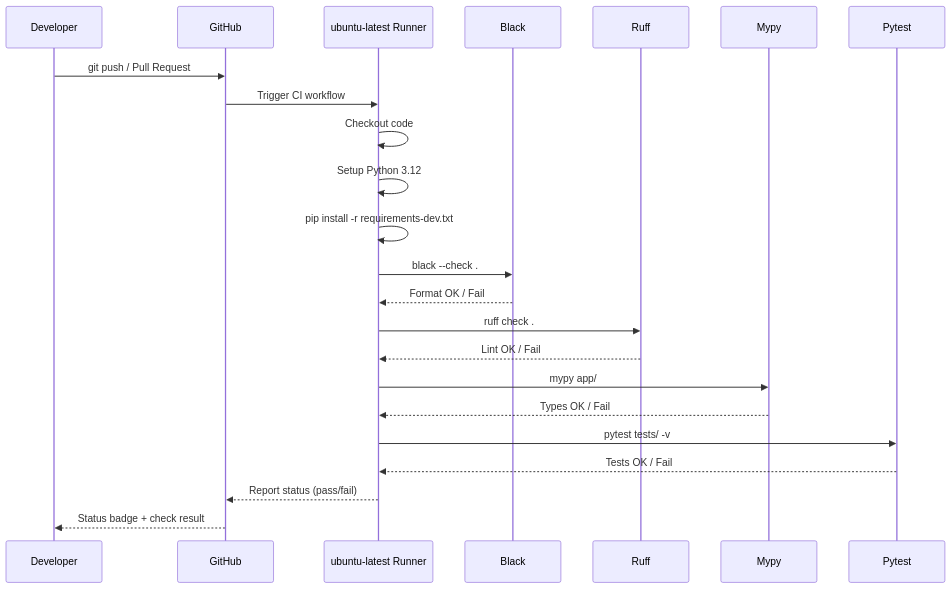
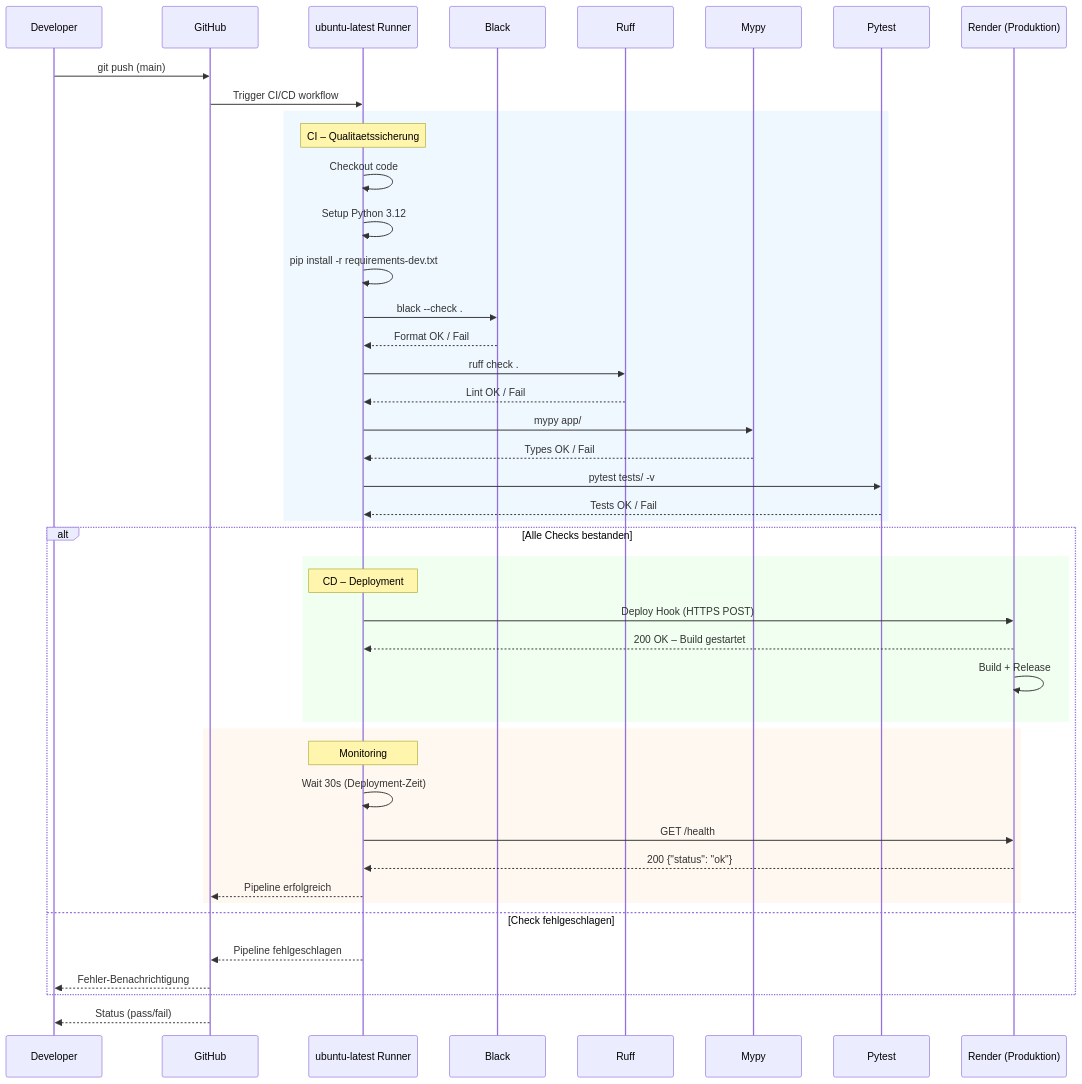
One commit to sufianh99/NutriTrack changed the diagram in docs/sequenzdiagramm-ci.mmd. Above: the diagram before and after it, drawn with Mermaid. The commit also changed 5 other files, not shown here.

Commit message:
feat: enhance CI/CD workflow, add monitoring script, and update UML diagrams

```diff
--- a/docs/sequenzdiagramm-ci.mmd
+++ b/docs/sequenzdiagramm-ci.mmd
@@ -1,24 +1,49 @@
 sequenceDiagram
     participant Dev as Developer
     participant GH as GitHub
     participant Runner as ubuntu-latest Runner
     participant Black
     participant Ruff
     participant Mypy
     participant Pytest
+    participant Render as Render (Produktion)
 
-    Dev->>GH: git push / Pull Request
-    GH->>Runner: Trigger CI workflow
-    Runner->>Runner: Checkout code
-    Runner->>Runner: Setup Python 3.12
-    Runner->>Runner: pip install -r requirements-dev.txt
-    Runner->>Black: black --check .
-    Black-->>Runner: Format OK / Fail
-    Runner->>Ruff: ruff check .
-    Ruff-->>Runner: Lint OK / Fail
-    Runner->>Mypy: mypy app/
-    Mypy-->>Runner: Types OK / Fail
-    Runner->>Pytest: pytest tests/ -v
-    Pytest-->>Runner: Tests OK / Fail
-    Runner-->>GH: Report status (pass/fail)
-    GH-->>Dev: Status badge + check result
+    Dev->>GH: git push (main)
+    GH->>Runner: Trigger CI/CD workflow
+
+    rect rgb(240, 248, 255)
+        Note over Runner: CI – Qualitaetssicherung
+        Runner->>Runner: Checkout code
+        Runner->>Runner: Setup Python 3.12
+        Runner->>Runner: pip install -r requirements-dev.txt
+        Runner->>Black: black --check .
+        Black-->>Runner: Format OK / Fail
+        Runner->>Ruff: ruff check .
+        Ruff-->>Runner: Lint OK / Fail
+        Runner->>Mypy: mypy app/
+        Mypy-->>Runner: Types OK / Fail
+        Runner->>Pytest: pytest tests/ -v
+        Pytest-->>Runner: Tests OK / Fail
+    end
+
+    alt Alle Checks bestanden
+        rect rgb(240, 255, 240)
+            Note over Runner: CD – Deployment
+            Runner->>Render: Deploy Hook (HTTPS POST)
+            Render-->>Runner: 200 OK – Build gestartet
+            Render->>Render: Build + Release
+        end
+
+        rect rgb(255, 248, 240)
+            Note over Runner: Monitoring
+            Runner->>Runner: Wait 30s (Deployment-Zeit)
+            Runner->>Render: GET /health
+            Render-->>Runner: 200 {"status": "ok"}
+            Runner-->>GH: Pipeline erfolgreich
+        end
+    else Check fehlgeschlagen
+        Runner-->>GH: Pipeline fehlgeschlagen
+        GH-->>Dev: Fehler-Benachrichtigung
+    end
+
+    GH-->>Dev: Status (pass/fail)
```
